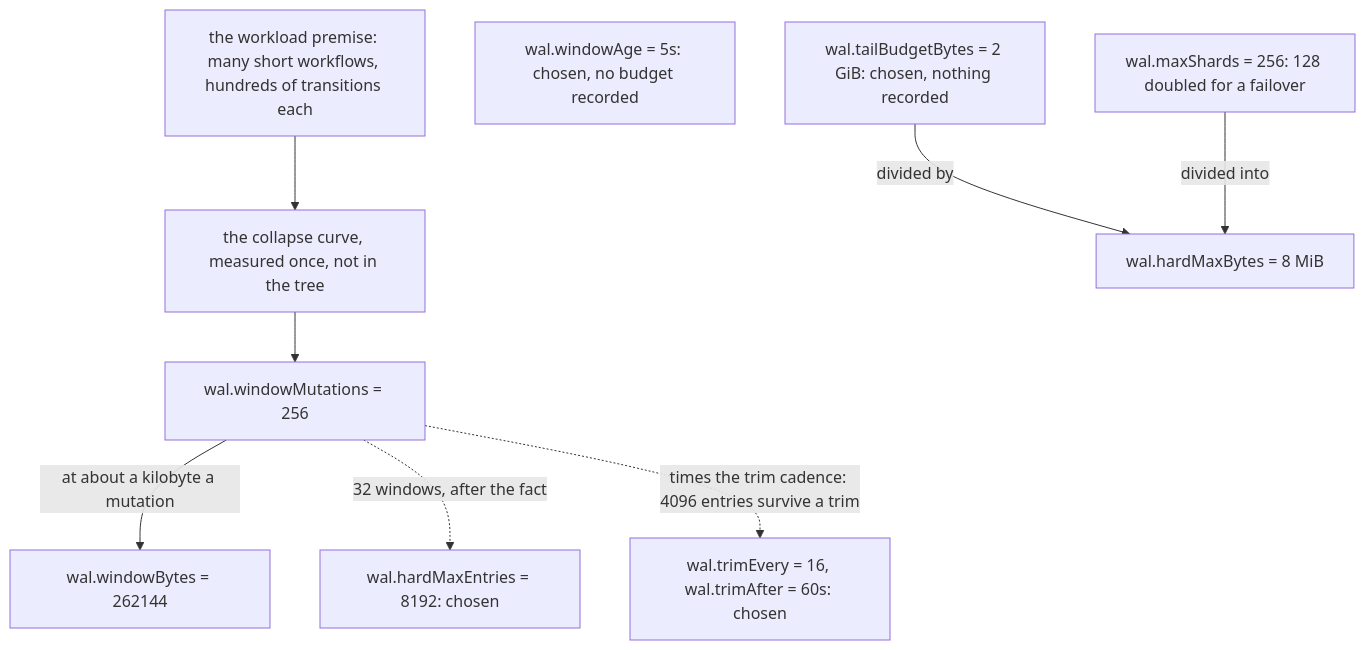
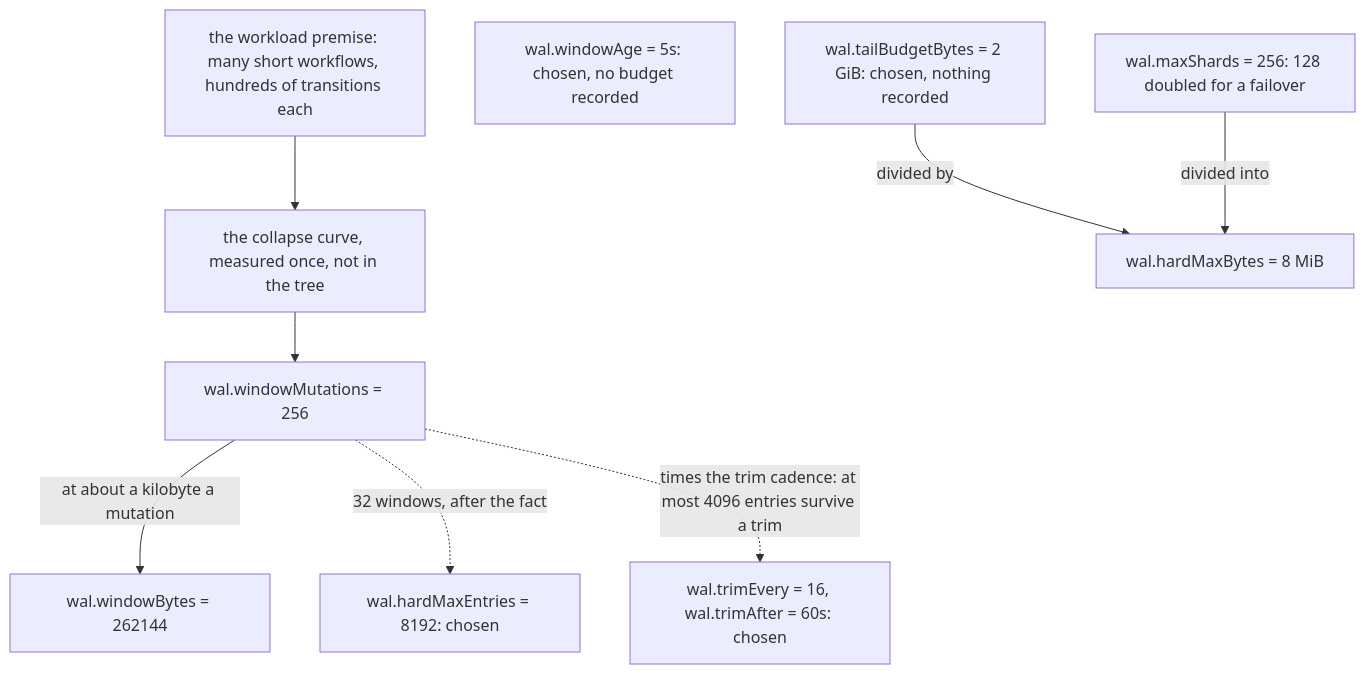
The diagram in docs/handbook/14-where-the-defaults-came-from.md (aromanovich/waltz), drawn with Mermaid before and after one commit. The commit also changed other lines of this file and 187 other files, not shown here.

````diff
--- a/docs/handbook/14-where-the-defaults-came-from.md
+++ b/docs/handbook/14-where-the-defaults-came-from.md
@@ -210,21 +135,21 @@
 ```mermaid
 graph TD
   WL["the workload premise: many short workflows, hundreds of transitions each"]
   CURVE["the collapse curve, measured once, not in the tree"]
   WM["wal.windowMutations = 256"]
   WB["wal.windowBytes = 262144"]
   AGE["wal.windowAge = 5s: chosen, no budget recorded"]
   TB["wal.tailBudgetBytes = 2 GiB: chosen, nothing recorded"]
   MS["wal.maxShards = 256: 128 doubled for a failover"]
   HB["wal.hardMaxBytes = 8 MiB"]
   HE["wal.hardMaxEntries = 8192: chosen"]
   TR["wal.trimEvery = 16, wal.trimAfter = 60s: chosen"]
 
   WL --> CURVE
   CURVE --> WM
   WM -->|"at about a kilobyte a mutation"| WB
   TB -->|"divided by"| HB
   MS -->|"divided into"| HB
   WM -.->|"32 windows, after the fact"| HE
-  WM -.->|"times the trim cadence: 4096 entries survive a trim"| TR
+  WM -.->|"times the trim cadence: at most 4096 entries survive a trim"| TR
 ```
````
